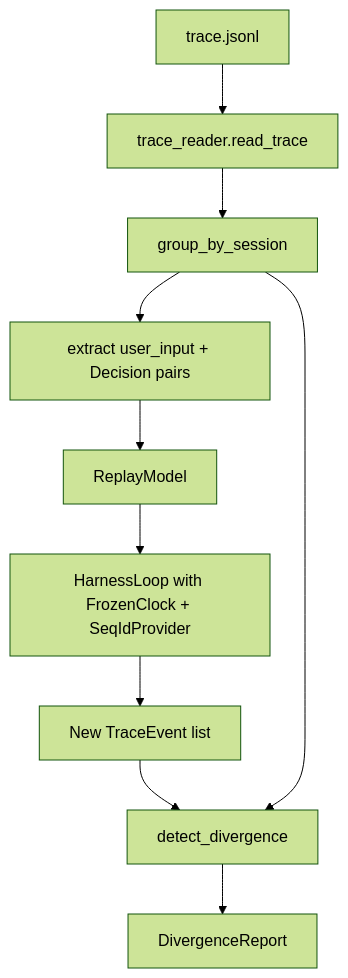
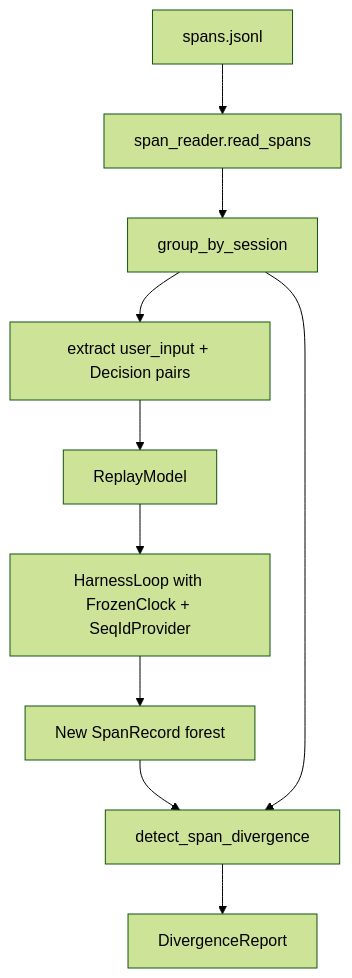
One commit to zhumengzhu/HarnessLab changed the third of 6 diagrams in docs/architecture/overview.md. Above: the diagram before and after it, drawn with Mermaid (forest theme). The commit also changed other lines of this file and 126 other files, not shown here.

First line of the commit message:
Ship Observability v2 span lifecycle and Jaeger-style Trace UI.

````diff
--- a/docs/architecture/overview.md
+++ b/docs/architecture/overview.md
@@ -307,12 +307,12 @@
 ```mermaid
 flowchart TD
-    JSONL[trace.jsonl] --> Reader[trace_reader.read_trace]
+    JSONL[spans.jsonl] --> Reader[span_reader.read_spans]
     Reader --> Grouped[group_by_session]
     Grouped --> Extract[extract user_input + Decision pairs]
     Extract --> ReplayModel
     ReplayModel --> Loop[HarnessLoop with FrozenClock + SeqIdProvider]
-    Loop --> NewTrace[New TraceEvent list]
-    NewTrace --> Divergence[detect_divergence]
+    Loop --> NewSpans[New SpanRecord forest]
+    NewSpans --> Divergence[detect_span_divergence]
     Grouped --> Divergence
     Divergence --> Report[DivergenceReport]
 ```
````
